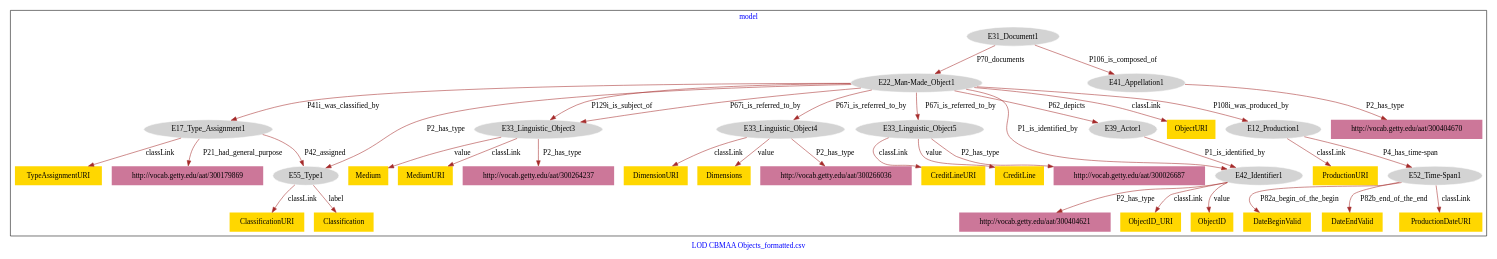
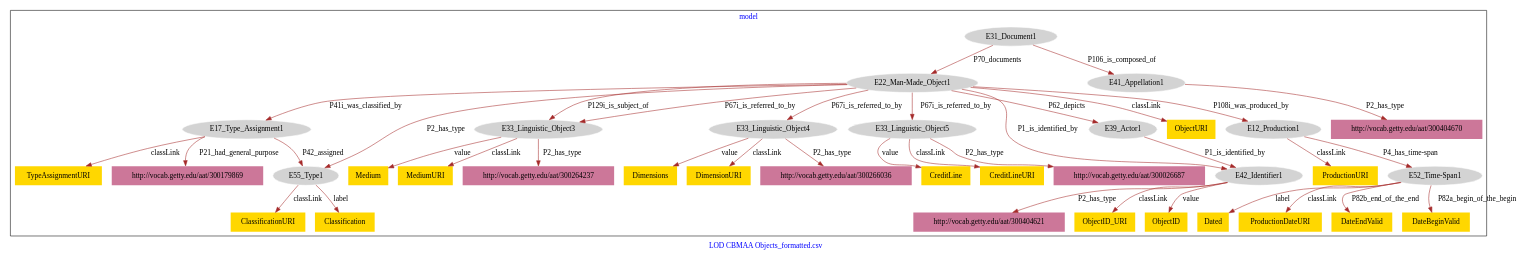
The diagram in CBMAA_Objects/CBMAA_Objects-model.dot (american-art/cbm), drawn with Graphviz before and after one commit.

Commit message:
Update file CBMAA_Objects-model.dot

```diff
--- a/CBMAA_Objects/CBMAA_Objects-model.dot
+++ b/CBMAA_Objects/CBMAA_Objects-model.dot
@@ -1,78 +1,80 @@
 digraph n0 {
 fontcolor="blue"
 remincross="true"
 label="LOD CBMAA Objects_formatted.csv"
 subgraph cluster {
 label="model"
 n2[style="filled",color="white",fillcolor="lightgray",label="E12_Production1"];
 n3[style="filled",color="white",fillcolor="lightgray",label="E52_Time-Span1"];
 n4[style="filled",color="white",fillcolor="lightgray",label="E17_Type_Assignment1"];
 n5[style="filled",color="white",fillcolor="lightgray",label="E55_Type1"];
 n6[style="filled",color="white",fillcolor="lightgray",label="E22_Man-Made_Object1"];
 n7[style="filled",color="white",fillcolor="lightgray",label="E33_Linguistic_Object3"];
 n8[style="filled",color="white",fillcolor="lightgray",label="E33_Linguistic_Object4"];
 n9[style="filled",color="white",fillcolor="lightgray",label="E33_Linguistic_Object5"];
 n10[style="filled",color="white",fillcolor="lightgray",label="E39_Actor1"];
 n11[style="filled",color="white",fillcolor="lightgray",label="E31_Document1"];
 n12[style="filled",color="white",fillcolor="lightgray",label="E41_Appellation1"];
 n13[style="filled",color="white",fillcolor="lightgray",label="E42_Identifier1"];
-n14[shape="plaintext",style="filled",fillcolor="gold",label="CreditLineURI"];
-n15[shape="plaintext",style="filled",fillcolor="gold",label="DateEndValid"];
-n16[shape="plaintext",style="filled",fillcolor="gold",label="ProductionURI"];
-n17[shape="plaintext",style="filled",fillcolor="gold",label="DimensionURI"];
-n18[shape="plaintext",style="filled",fillcolor="gold",label="Medium"];
-n19[shape="plaintext",style="filled",fillcolor="gold",label="ProductionDateURI"];
-n20[shape="plaintext",style="filled",fillcolor="gold",label="CreditLine"];
-n21[shape="plaintext",style="filled",fillcolor="gold",label="Classification"];
-n22[shape="plaintext",style="filled",fillcolor="gold",label="ObjectURI"];
-n23[shape="plaintext",style="filled",fillcolor="gold",label="DateBeginValid"];
-n24[shape="plaintext",style="filled",fillcolor="gold",label="ClassificationURI"];
-n25[shape="plaintext",style="filled",fillcolor="gold",label="MediumURI"];
-n26[shape="plaintext",style="filled",fillcolor="gold",label="ObjectID_URI"];
-n27[shape="plaintext",style="filled",fillcolor="gold",label="Dimensions"];
-n28[shape="plaintext",style="filled",fillcolor="gold",label="ObjectID"];
-n29[shape="plaintext",style="filled",fillcolor="gold",label="TypeAssignmentURI"];
-n30[shape="plaintext",style="filled",fillcolor="#CC7799",label="http://vocab.getty.edu/aat/300026687"];
-n31[shape="plaintext",style="filled",fillcolor="#CC7799",label="http://vocab.getty.edu/aat/300264237"];
-n32[shape="plaintext",style="filled",fillcolor="#CC7799",label="http://vocab.getty.edu/aat/300404621"];
-n33[shape="plaintext",style="filled",fillcolor="#CC7799",label="http://vocab.getty.edu/aat/300179869"];
-n34[shape="plaintext",style="filled",fillcolor="#CC7799",label="http://vocab.getty.edu/aat/300266036"];
-n35[shape="plaintext",style="filled",fillcolor="#CC7799",label="http://vocab.getty.edu/aat/300404670"];
+n14[shape="plaintext",style="filled",fillcolor="gold",label="Medium"];
+n15[shape="plaintext",style="filled",fillcolor="gold",label="Dimensions"];
+n16[shape="plaintext",style="filled",fillcolor="gold",label="CreditLine"];
+n17[shape="plaintext",style="filled",fillcolor="gold",label="Classification"];
+n18[shape="plaintext",style="filled",fillcolor="gold",label="ClassificationURI"];
+n19[shape="plaintext",style="filled",fillcolor="gold",label="TypeAssignmentURI"];
+n20[shape="plaintext",style="filled",fillcolor="gold",label="ProductionURI"];
+n21[shape="plaintext",style="filled",fillcolor="gold",label="ObjectID_URI"];
+n22[shape="plaintext",style="filled",fillcolor="gold",label="DateBeginValid"];
+n23[shape="plaintext",style="filled",fillcolor="gold",label="Dated"];
+n24[shape="plaintext",style="filled",fillcolor="gold",label="ProductionDateURI"];
+n25[shape="plaintext",style="filled",fillcolor="gold",label="CreditLineURI"];
+n26[shape="plaintext",style="filled",fillcolor="gold",label="ObjectURI"];
+n27[shape="plaintext",style="filled",fillcolor="gold",label="ObjectID"];
+n28[shape="plaintext",style="filled",fillcolor="gold",label="DimensionURI"];
+n29[shape="plaintext",style="filled",fillcolor="gold",label="DateEndValid"];
+n30[shape="plaintext",style="filled",fillcolor="gold",label="MediumURI"];
+n31[shape="plaintext",style="filled",fillcolor="#CC7799",label="http://vocab.getty.edu/aat/300026687"];
+n32[shape="plaintext",style="filled",fillcolor="#CC7799",label="http://vocab.getty.edu/aat/300264237"];
+n33[shape="plaintext",style="filled",fillcolor="#CC7799",label="http://vocab.getty.edu/aat/300404621"];
+n34[shape="plaintext",style="filled",fillcolor="#CC7799",label="http://vocab.getty.edu/aat/300179869"];
+n35[shape="plaintext",style="filled",fillcolor="#CC7799",label="http://vocab.getty.edu/aat/300266036"];
+n36[shape="plaintext",style="filled",fillcolor="#CC7799",label="http://vocab.getty.edu/aat/300404670"];
 }
 n2 -> n3[color="brown",fontcolor="black",label="P4_has_time-span"]
 n4 -> n5[color="brown",fontcolor="black",label="P42_assigned"]
 n6 -> n2[color="brown",fontcolor="black",label="P108i_was_produced_by"]
 n6 -> n4[color="brown",fontcolor="black",label="P41i_was_classified_by"]
 n6 -> n7[color="brown",fontcolor="black",label="P67i_is_referred_to_by"]
 n6 -> n8[color="brown",fontcolor="black",label="P67i_is_referred_to_by"]
 n6 -> n9[color="brown",fontcolor="black",label="P67i_is_referred_to_by"]
 n6 -> n10[color="brown",fontcolor="black",label="P62_depicts"]
 n11 -> n6[color="brown",fontcolor="black",label="P70_documents"]
 n11 -> n12[color="brown",fontcolor="black",label="P106_is_composed_of"]
 n10 -> n13[color="brown",fontcolor="black",label="P1_is_identified_by"]
-n9 -> n14[color="brown",fontcolor="black",label="classLink"]
-n3 -> n15[color="brown",fontcolor="black",label="P82b_end_of_the_end"]
-n2 -> n16[color="brown",fontcolor="black",label="classLink"]
-n8 -> n17[color="brown",fontcolor="black",label="classLink"]
-n7 -> n18[color="brown",fontcolor="black",label="value"]
-n3 -> n19[color="brown",fontcolor="black",label="classLink"]
-n9 -> n20[color="brown",fontcolor="black",label="value"]
-n5 -> n21[color="brown",fontcolor="black",label="label"]
-n6 -> n22[color="brown",fontcolor="black",label="classLink"]
-n3 -> n23[color="brown",fontcolor="black",label="P82a_begin_of_the_begin"]
-n5 -> n24[color="brown",fontcolor="black",label="classLink"]
-n7 -> n25[color="brown",fontcolor="black",label="classLink"]
-n13 -> n26[color="brown",fontcolor="black",label="classLink"]
-n8 -> n27[color="brown",fontcolor="black",label="value"]
-n13 -> n28[color="brown",fontcolor="black",label="value"]
-n4 -> n29[color="brown",fontcolor="black",label="classLink"]
-n9 -> n30[color="brown",fontcolor="black",label="P2_has_type"]
+n7 -> n14[color="brown",fontcolor="black",label="value"]
+n8 -> n15[color="brown",fontcolor="black",label="value"]
+n9 -> n16[color="brown",fontcolor="black",label="value"]
+n5 -> n17[color="brown",fontcolor="black",label="label"]
+n5 -> n18[color="brown",fontcolor="black",label="classLink"]
+n4 -> n19[color="brown",fontcolor="black",label="classLink"]
+n2 -> n20[color="brown",fontcolor="black",label="classLink"]
+n13 -> n21[color="brown",fontcolor="black",label="classLink"]
+n3 -> n22[color="brown",fontcolor="black",label="P82a_begin_of_the_begin"]
+n3 -> n23[color="brown",fontcolor="black",label="label"]
+n3 -> n24[color="brown",fontcolor="black",label="classLink"]
+n9 -> n25[color="brown",fontcolor="black",label="classLink"]
+n6 -> n26[color="brown",fontcolor="black",label="classLink"]
+n13 -> n27[color="brown",fontcolor="black",label="value"]
+n8 -> n28[color="brown",fontcolor="black",label="classLink"]
+n3 -> n29[color="brown",fontcolor="black",label="P82b_end_of_the_end"]
+n7 -> n30[color="brown",fontcolor="black",label="classLink"]
+n9 -> n31[color="brown",fontcolor="black",label="P2_has_type"]
 n6 -> n7[color="brown",fontcolor="black",label="P129i_is_subject_of"]
-n7 -> n31[color="brown",fontcolor="black",label="P2_has_type"]
+n7 -> n32[color="brown",fontcolor="black",label="P2_has_type"]
 n6 -> n5[color="brown",fontcolor="black",label="P2_has_type"]
-n13 -> n32[color="brown",fontcolor="black",label="P2_has_type"]
+n13 -> n33[color="brown",fontcolor="black",label="P2_has_type"]
 n6 -> n13[color="brown",fontcolor="black",label="P1_is_identified_by"]
-n4 -> n33[color="brown",fontcolor="black",label="P21_had_general_purpose"]
-n8 -> n34[color="brown",fontcolor="black",label="P2_has_type"]
-n12 -> n35[color="brown",fontcolor="black",label="P2_has_type"]
+n4 -> n34[color="brown",fontcolor="black",label="P21_had_general_purpose"]
+n8 -> n35[color="brown",fontcolor="black",label="P2_has_type"]
+n12 -> n36[color="brown",fontcolor="black",label="P2_has_type"]
 }
```
